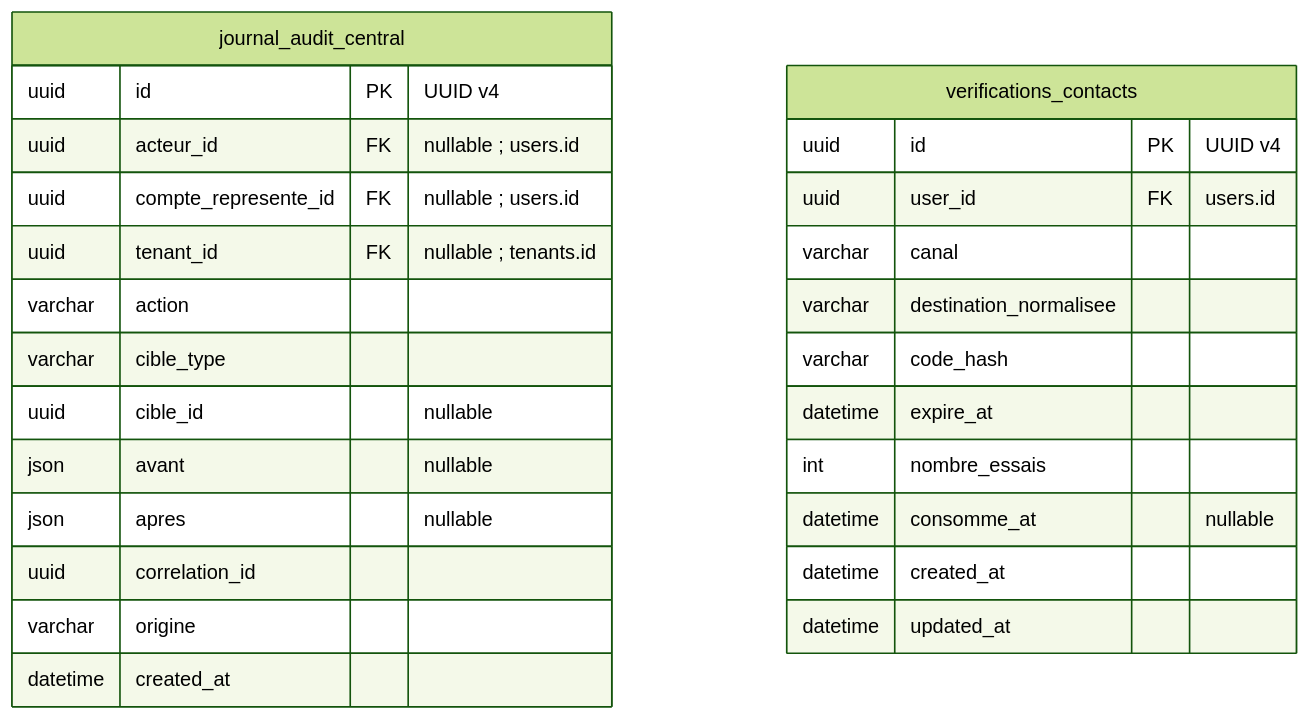
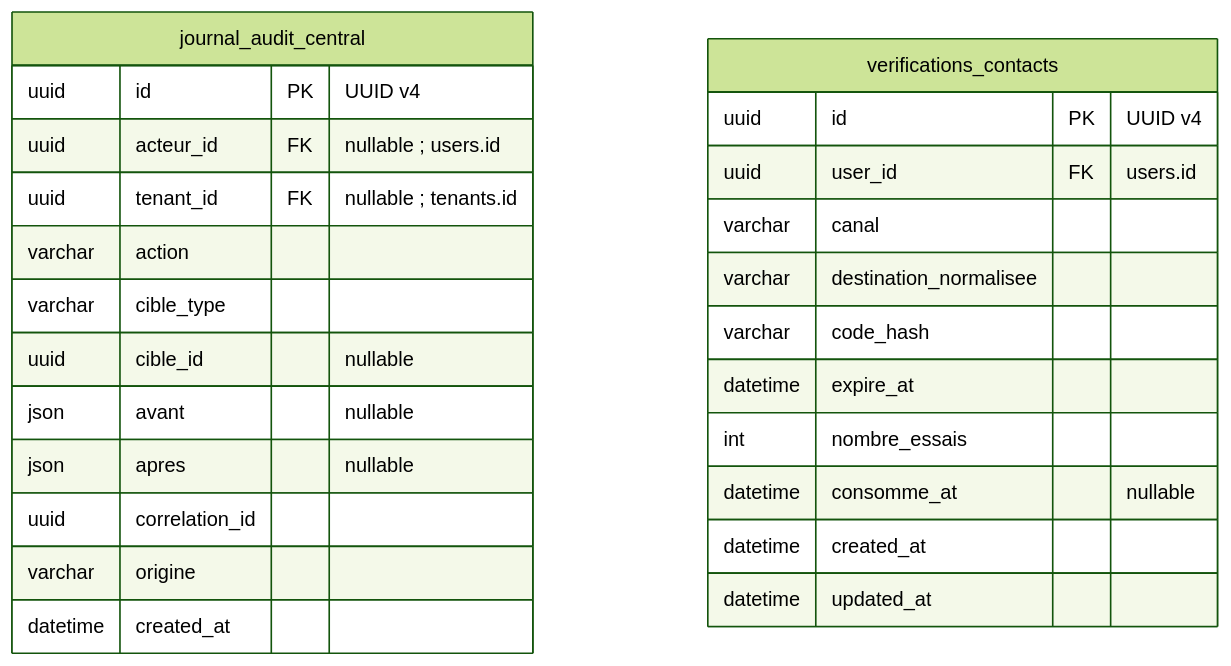
The sixth of 37 diagrams in Schema-BDD-SaaS-Ecommerce-UUID.md (unitealfa/saas-ecom), drawn with Mermaid (forest theme) before and after one commit. The commit also changed other lines of this file, not shown here.

````diff
--- a/Schema-BDD-SaaS-Ecommerce-UUID.md
+++ b/Schema-BDD-SaaS-Ecommerce-UUID.md
@@ -535,30 +522,29 @@
 ```mermaid
 erDiagram
     direction TB
     journal_audit_central {
         uuid id PK "UUID v4"
         uuid acteur_id FK "nullable ; users.id"
-        uuid compte_represente_id FK "nullable ; users.id"
         uuid tenant_id FK "nullable ; tenants.id"
         varchar action
         varchar cible_type
         uuid cible_id "nullable"
         json avant "nullable"
         json apres "nullable"
         uuid correlation_id
         varchar origine
         datetime created_at
     }
     verifications_contacts {
         uuid id PK "UUID v4"
         uuid user_id FK "users.id"
         varchar canal
         varchar destination_normalisee
         varchar code_hash
         datetime expire_at
         int nombre_essais
         datetime consomme_at "nullable"
         datetime created_at
         datetime updated_at
     }
 ```
````
